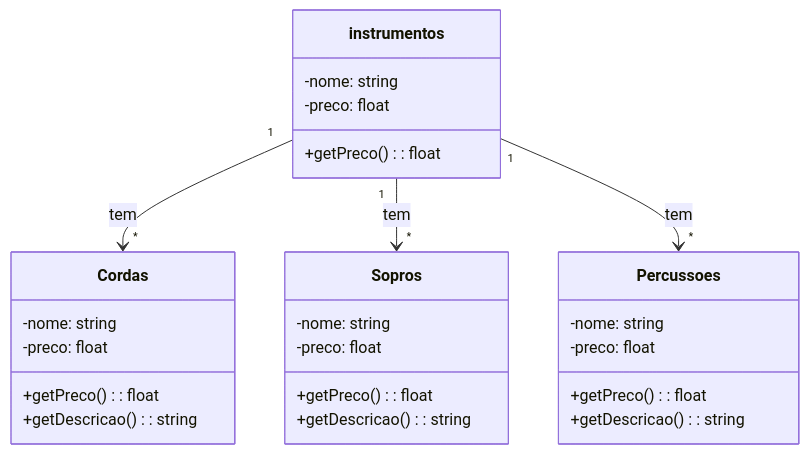
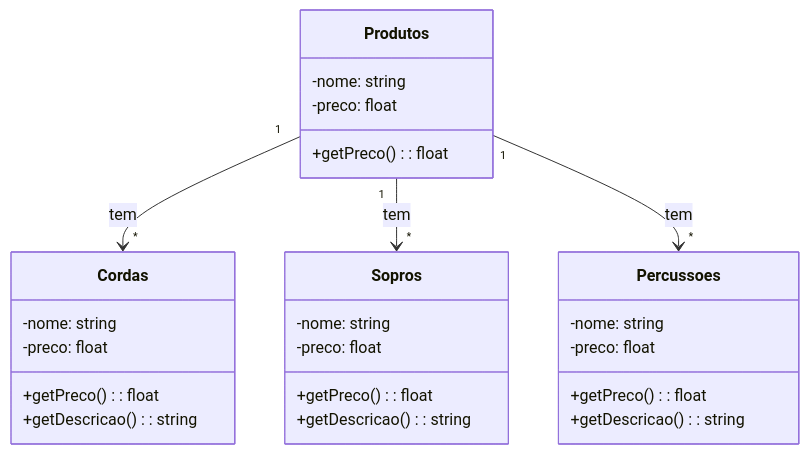
The diagram in README.md (LucasGabrielPaes/teste), drawn with Mermaid before and after one commit.

````diff
--- a/README.md
+++ b/README.md
@@ -1,33 +1,33 @@
 ```mermaid
 classDiagram
-  class instrumentos {
+  class Produtos {
      -nome: string
     -preco: float
     +getPreco(): float
   }
 
   class Cordas {
    -nome: string
     -preco: float
     +getPreco(): float
     +getDescricao(): string
 }
 
  class Sopros {
    -nome: string
     -preco: float
     +getPreco(): float
     +getDescricao(): string
 }
 
  class Percussoes {
    -nome: string
     -preco: float
     +getPreco(): float
     +getDescricao(): string
 }
 
-instrumentos "1" --> "*" Cordas : tem
-instrumentos "1" --> "*" Sopros : tem
-instrumentos "1" --> "*" Percussoes : tem
+Produtos "1" --> "*" Cordas : tem
+Produtos "1" --> "*" Sopros : tem
+Produtos "1" --> "*" Percussoes : tem
 ```
````
